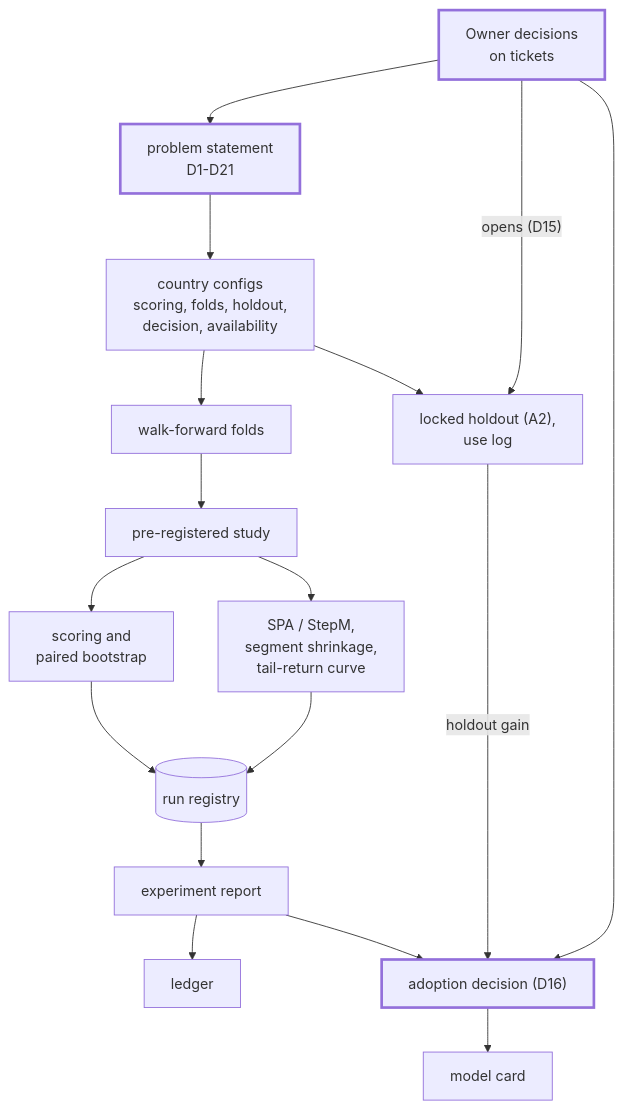
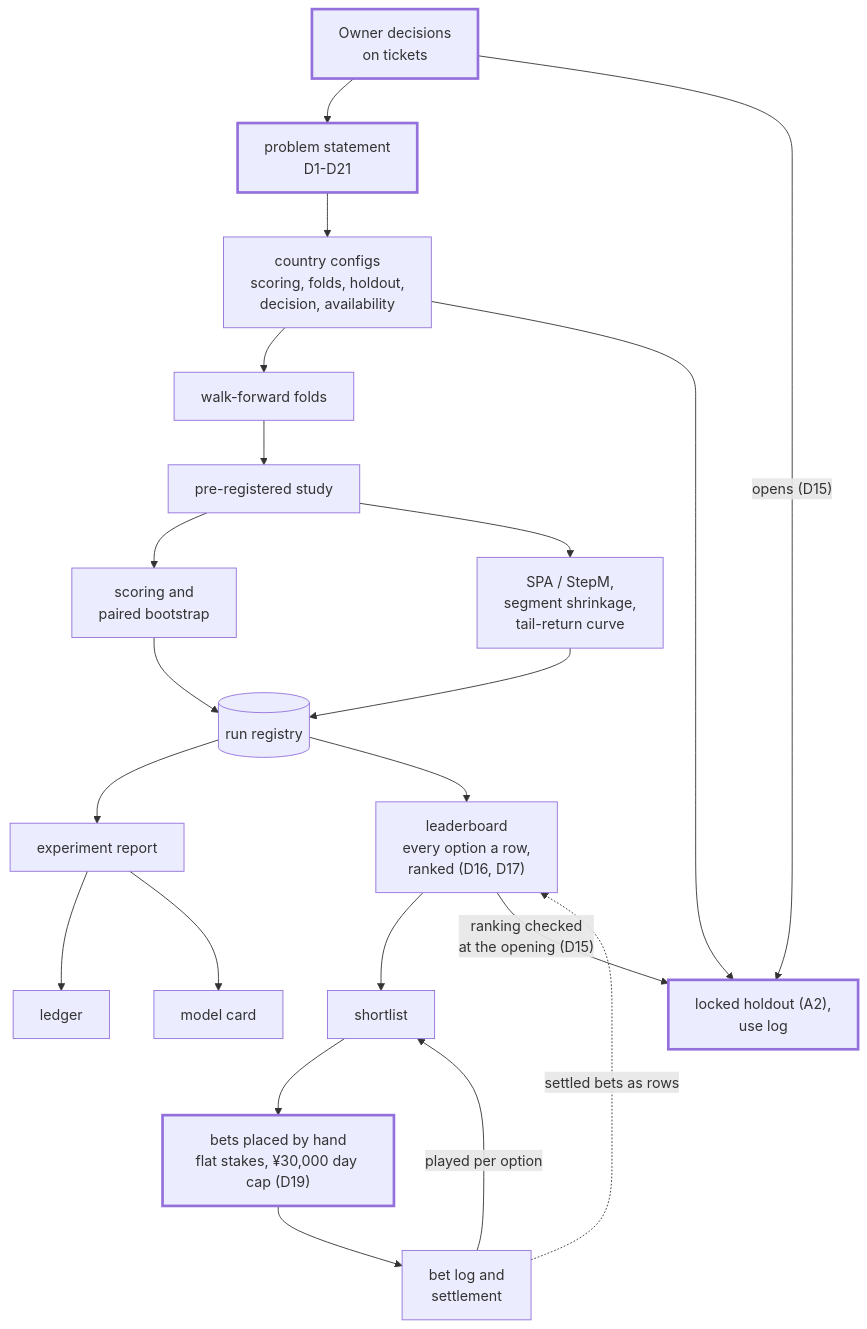
One commit to rjeskuri/HorseTrackBetting changed the sixth of 7 diagrams in docs/architecture.md. Above: the diagram before and after it, drawn with Mermaid. The commit also changed other lines of this file and 2 other files, not shown here.

First line of the commit message:
Draw the leaderboard and bet log in the architecture and modeling docs (#458)

````diff
--- a/docs/architecture.md
+++ b/docs/architecture.md
@@ -294,30 +334,36 @@
 ```mermaid
 flowchart TD
   own["Owner decisions<br>on tickets"]
   ps["problem statement<br>D1-D21"]
   cfg["country configs<br>scoring, folds, holdout,<br>decision, availability"]
   hold["locked holdout (A2),<br>use log"]
   folds["walk-forward folds"]
   study["pre-registered study"]
   score["scoring and<br>paired bootstrap"]
   snoop["SPA / StepM,<br>segment shrinkage,<br>tail-return curve"]
   reg[("run registry")]
   rep["experiment report"]
   ledger["ledger"]
-  adopt["adoption decision (D16)"]
+  lb["leaderboard<br>every option a row,<br>ranked (D16, D17)"]
+  short["shortlist"]
+  hand["bets placed by hand<br>flat stakes, ¥30,000 day cap (D19)"]
+  blog["bet log and<br>settlement"]
   card["model card"]
   own --> ps --> cfg
   cfg --> folds
   cfg --> hold
   own -->|"opens (D15)"| hold
   folds --> study
   study --> score --> reg
   study --> snoop --> reg
   reg --> rep
   rep --> ledger
-  rep --> adopt
-  hold -->|"holdout gain"| adopt
-  own --> adopt --> card
+  rep --> card
+  reg --> lb
+  lb --> short --> hand --> blog
+  blog -->|"played per option"| short
+  blog -.->|"settled bets as rows"| lb
+  lb -->|"ranking checked<br>at the opening (D15)"| hold
   classDef owner stroke-width:3px
-  class own,ps,adopt owner
+  class own,ps,hold,hand owner
 ```
````
